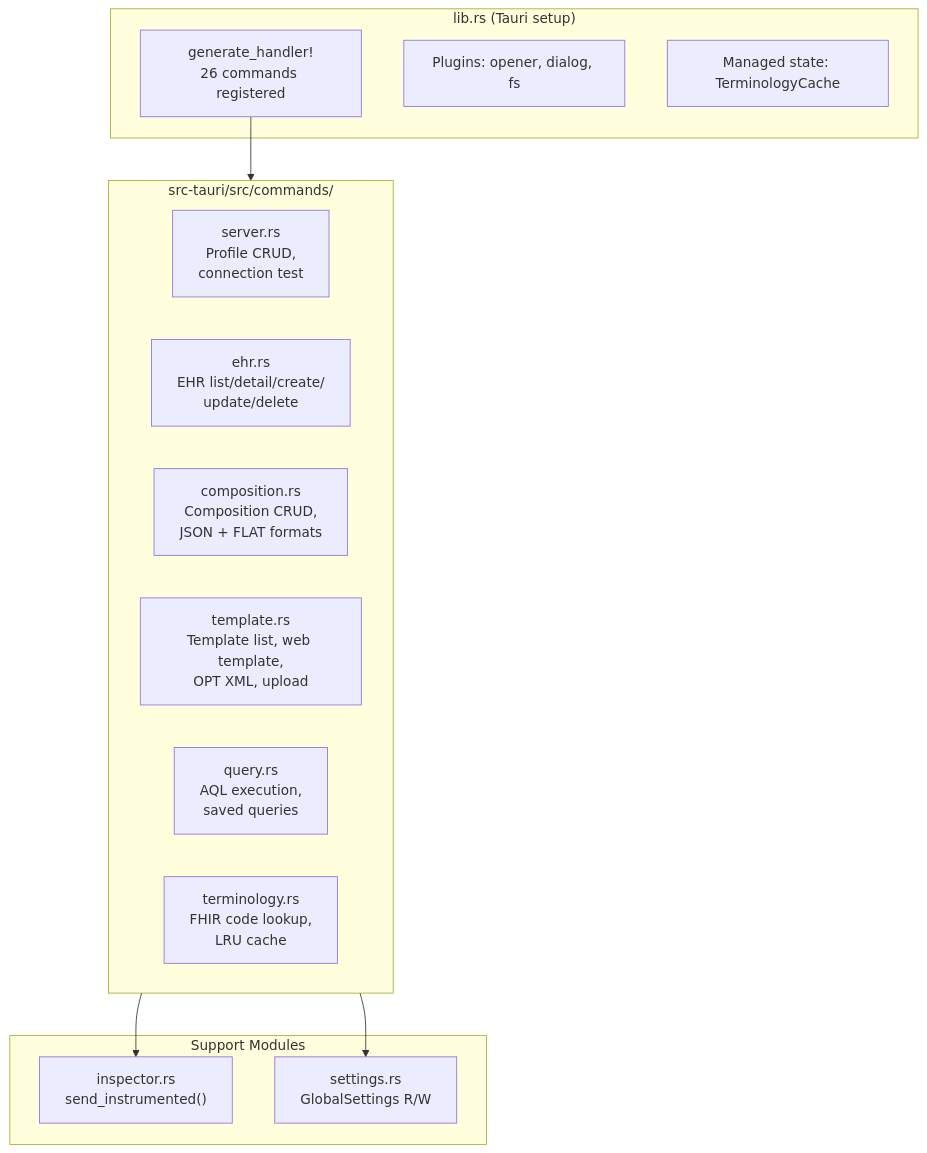
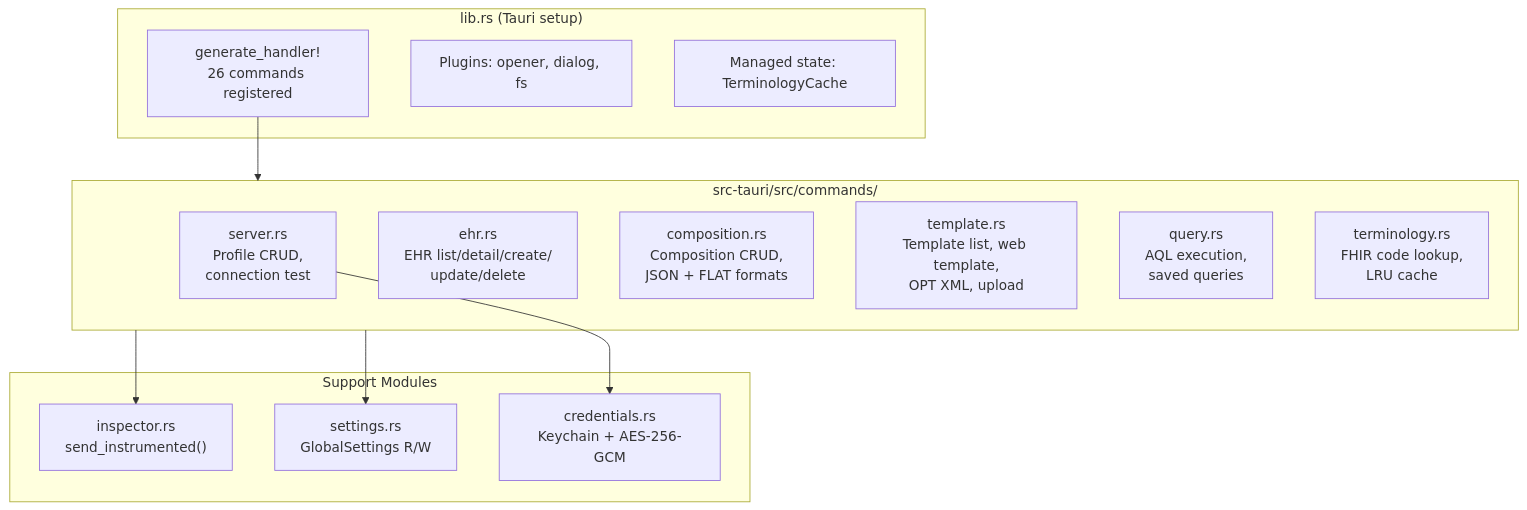
The fourth of 7 diagrams in docs/ARCHITECTURE.md (platzhersh/openehr-explorer), drawn with Mermaid before and after one commit. The commit also changed other lines of this file and 6 other files, not shown here.

First line of the commit message:
Implement ADR-0014: encrypt stored server credentials

````diff
--- a/docs/ARCHITECTURE.md
+++ b/docs/ARCHITECTURE.md
@@ -166,27 +166,29 @@
 ```mermaid
 graph TB
     subgraph lib.rs["lib.rs (Tauri setup)"]
         Handler["generate_handler!<br/>26 commands registered"]
         Plugins["Plugins: opener, dialog, fs"]
         State["Managed state: TerminologyCache"]
     end
 
     subgraph Commands["src-tauri/src/commands/"]
         server["server.rs<br/>Profile CRUD,<br/>connection test"]
         ehr["ehr.rs<br/>EHR list/detail/create/<br/>update/delete"]
         composition["composition.rs<br/>Composition CRUD,<br/>JSON + FLAT formats"]
         template["template.rs<br/>Template list, web template,<br/>OPT XML, upload"]
         query["query.rs<br/>AQL execution,<br/>saved queries"]
         terminology["terminology.rs<br/>FHIR code lookup,<br/>LRU cache"]
     end
 
     Handler --> Commands
 
     subgraph Support["Support Modules"]
         inspector_mod["inspector.rs<br/>send_instrumented()"]
         settings_mod["settings.rs<br/>GlobalSettings R/W"]
+        credentials_mod["credentials.rs<br/>Keychain + AES-256-GCM"]
     end
 
     Commands --> inspector_mod
     Commands --> settings_mod
+    server --> credentials_mod
 ```
````
